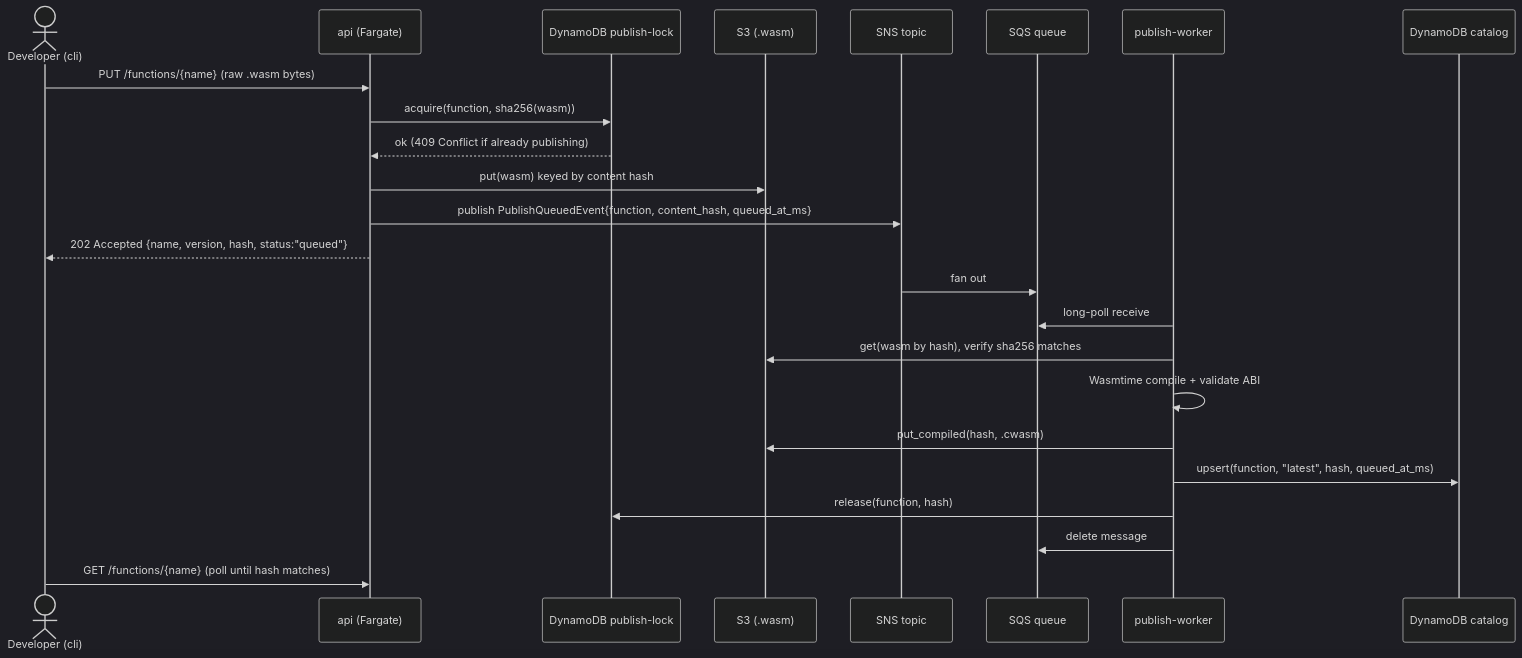
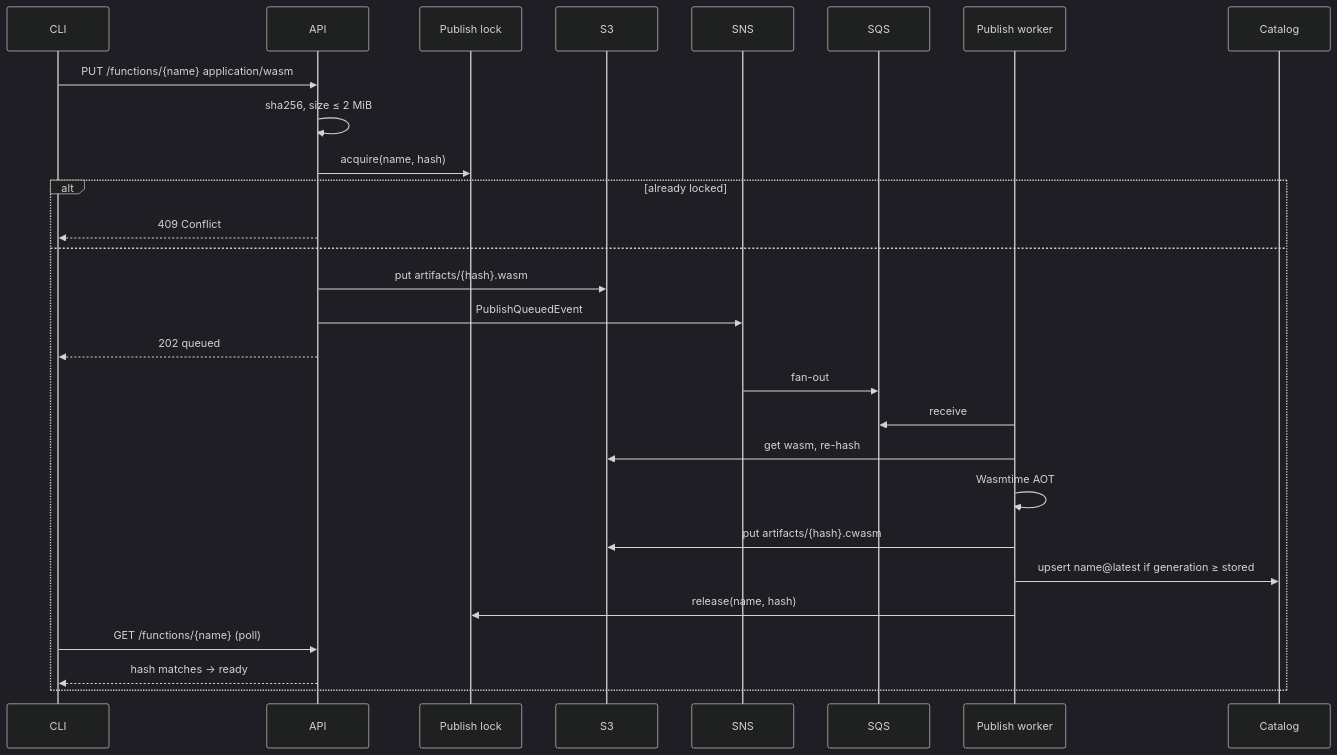
One commit to matzapata/nitrum-fn changed the fifth of 7 diagrams in docs/architecture.md. Above: the diagram before and after it, drawn with Mermaid (dark theme). The commit also changed other lines of this file and 7 other files, not shown here.

First line of the commit message:
feat(cli): ship prebuilt binaries and document architecture/usage

````diff
--- a/docs/architecture.md
+++ b/docs/architecture.md
@@ -69,27 +294,31 @@
 ```mermaid
 sequenceDiagram
-    actor Dev as Developer (cli)
-    participant Api as api (Fargate)
-    participant Lock as DynamoDB publish-lock
-    participant S3 as S3 (.wasm)
-    participant SNS as SNS topic
-    participant SQS as SQS queue
-    participant Worker as publish-worker
-    participant DDB as DynamoDB catalog
+  participant CLI
+  participant API
+  participant Lock as Publish lock
+  participant S3
+  participant SNS
+  participant SQS
+  participant W as Publish worker
+  participant Cat as Catalog
 
-    Dev->>Api: PUT /functions/{name} (raw .wasm bytes)
-    Api->>Lock: acquire(function, sha256(wasm))
-    Lock-->>Api: ok (409 Conflict if already publishing)
-    Api->>S3: put(wasm) keyed by content hash
-    Api->>SNS: publish PublishQueuedEvent{function, content_hash, queued_at_ms}
-    Api-->>Dev: 202 Accepted {name, version, hash, status:"queued"}
-    SNS->>SQS: fan out
-    Worker->>SQS: long-poll receive
-    Worker->>S3: get(wasm by hash), verify sha256 matches
-    Worker->>Worker: Wasmtime compile + validate ABI
-    Worker->>S3: put_compiled(hash, .cwasm)
-    Worker->>DDB: upsert(function, "latest", hash, queued_at_ms)
-    Worker->>Lock: release(function, hash)
-    Worker->>SQS: delete message
-    Dev->>Api: GET /functions/{name} (poll until hash matches)
+  CLI->>API: PUT /functions/{name} application/wasm
+  API->>API: sha256, size ≤ 2 MiB
+  API->>Lock: acquire(name, hash)
+  alt already locked
+    API-->>CLI: 409 Conflict
+  else
+    API->>S3: put artifacts/{hash}.wasm
+    API->>SNS: PublishQueuedEvent
+    API-->>CLI: 202 queued
+    SNS->>SQS: fan-out
+    W->>SQS: receive
+    W->>S3: get wasm, re-hash
+    W->>W: Wasmtime AOT
+    W->>S3: put artifacts/{hash}.cwasm
+    W->>Cat: upsert name@latest if generation ≥ stored
+    W->>Lock: release(name, hash)
+    CLI->>API: GET /functions/{name} (poll)
+    API-->>CLI: hash matches → ready
+  end
 ```
````
